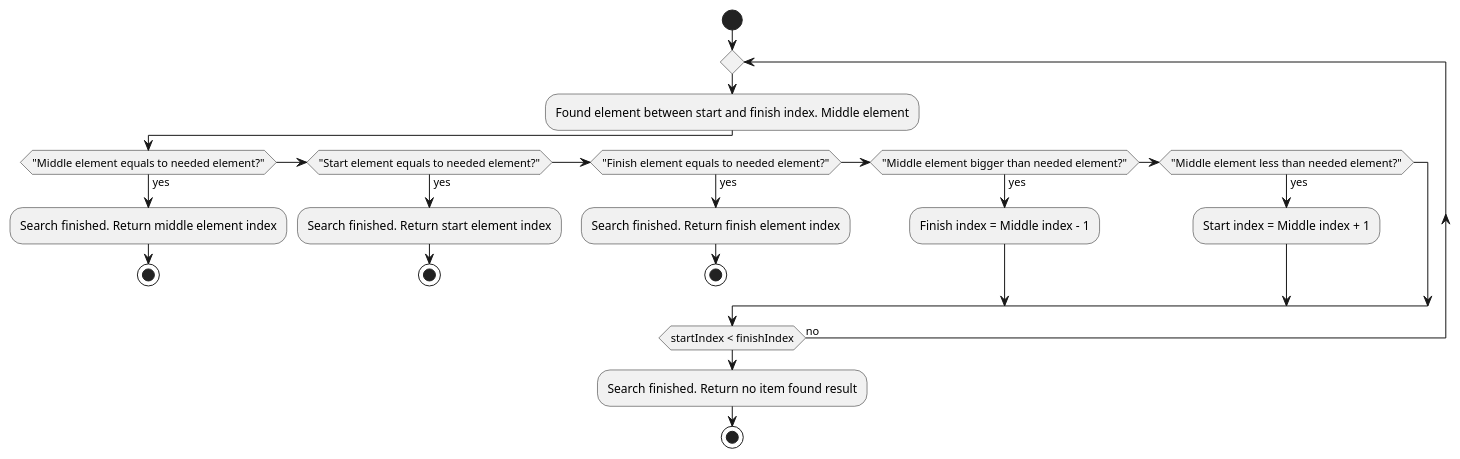
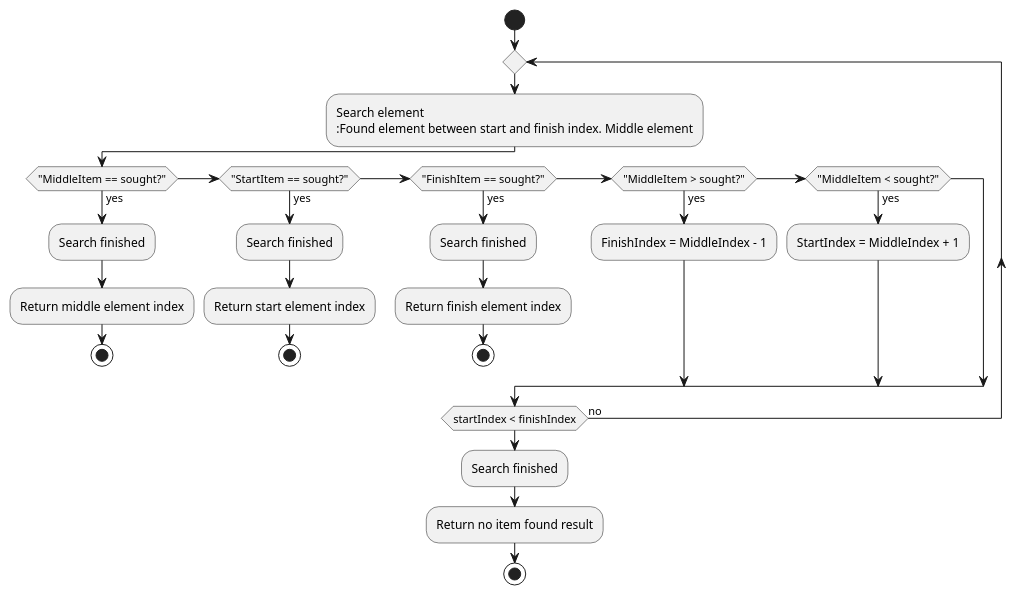
Before and after one commit to ihrupin/algorithms: the diagram in Searching/Binary_search/diagram.puml, drawn with PlantUML.

Commit message:
added diagram for Binary Search algorithm

```diff
--- a/Searching/Binary_search/diagram.puml
+++ b/Searching/Binary_search/diagram.puml
@@ -1,30 +1,35 @@
 @startuml
 
 start
 
     repeat
 
+        :Search element 
         :Found element between start and finish index. Middle element;
 
-        if ("Middle element equals to needed element?") then (yes)
-            :Search finished. Return middle element index;
+        if ("MiddleItem == sought?") then (yes)
+            :Search finished;
+            :Return middle element index;
             stop
-        elseif ("Start element equals to needed element?") then (yes)
-            :Search finished. Return start element index;
+        elseif ("StartItem == sought?") then (yes)
+            :Search finished;
+            :Return start element index;
             stop
-        elseif ("Finish element equals to needed element?") then (yes)
-            :Search finished. Return finish element index;
+        elseif ("FinishItem == sought?") then (yes)
+            :Search finished;
+            :Return finish element index;
             stop
-        elseif ("Middle element bigger than needed element?") then (yes)
-            :Finish index = Middle index - 1;
-        elseif ("Middle element less than needed element?") then (yes)
-            :Start index = Middle index + 1;
+        elseif ("MiddleItem > sought?") then (yes)
+            :FinishIndex = MiddleIndex - 1;
+        elseif ("MiddleItem < sought?") then (yes)
+            :StartIndex = MiddleIndex + 1;
         endif
 
     repeat while (startIndex < finishIndex) is (no)
 
-    :Search finished. Return no item found result;
+    :Search finished;
+    :Return no item found result;
 
 stop
 
 @enduml
```
